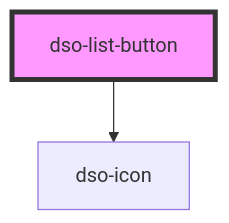
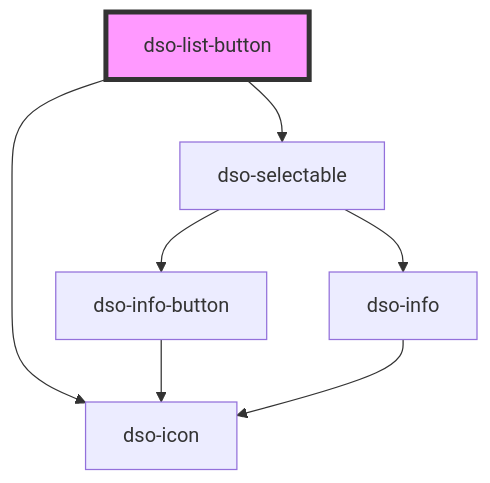
The diagram in packages/core/src/components/list-button/readme.md (dso-toolkit/dso-toolkit), drawn with Mermaid before and after one commit. The commit also changed other lines of this file and 3 other files, not shown here.

Commit message:
#3094 List Button gebruikt Core Selectable

````diff
--- a/packages/core/src/components/list-button/readme.md
+++ b/packages/core/src/components/list-button/readme.md
@@ -37,5 +38,10 @@
 ```mermaid
 graph TD;
+  dso-list-button --> dso-selectable
   dso-list-button --> dso-icon
+  dso-selectable --> dso-info-button
+  dso-selectable --> dso-info
+  dso-info-button --> dso-icon
+  dso-info --> dso-icon
   style dso-list-button fill:#f9f,stroke:#333,stroke-width:4px
 ```
````
